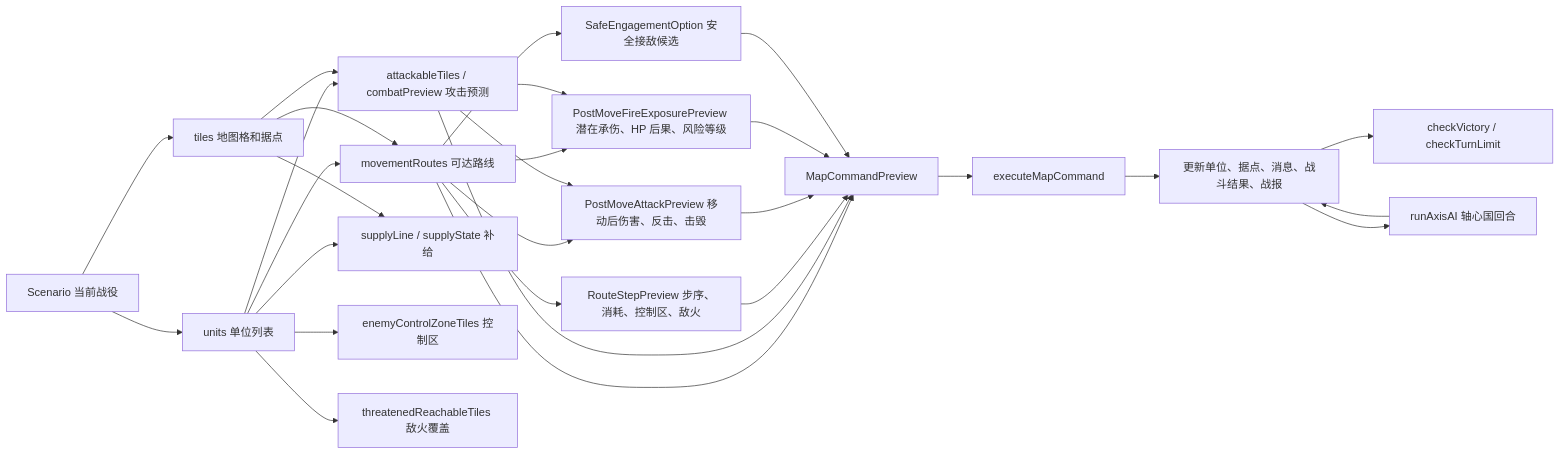
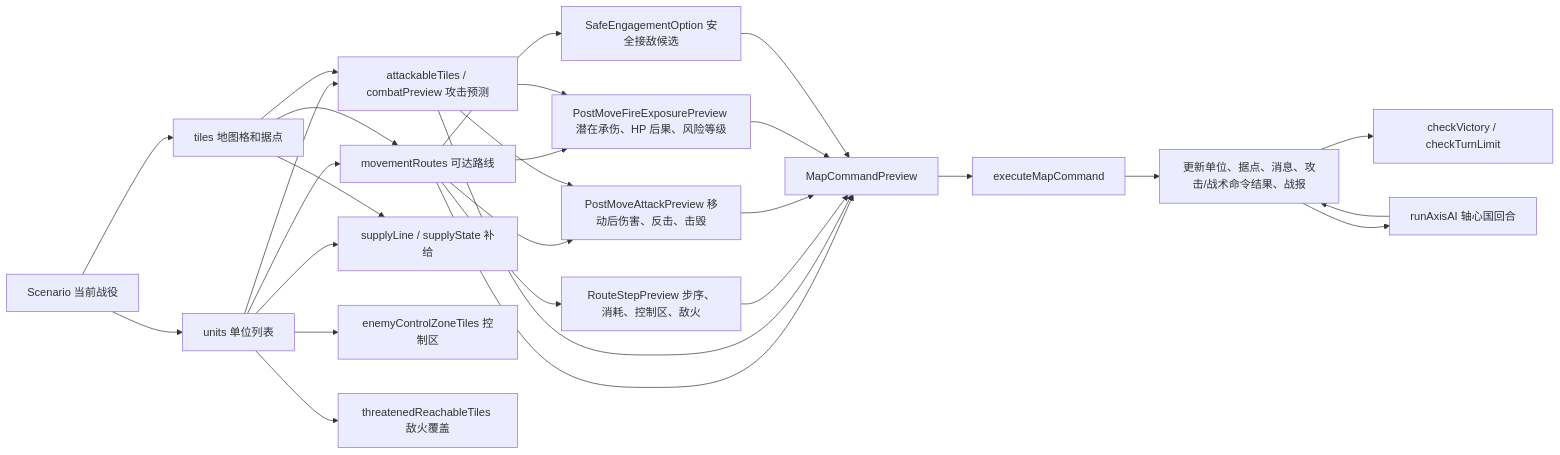
One commit to Altman-sam114/116 changed the third of 5 diagrams in md/flow/flowchart.md. Above: the diagram before and after it, drawn with Mermaid. The commit also changed other lines of this file and 9 other files, not shown here.

````diff
--- a/md/flow/flowchart.md
+++ b/md/flow/flowchart.md
@@ -50,30 +50,30 @@
 ```mermaid
 flowchart LR
   S["Scenario 当前战役"] --> U["units 单位列表"]
   S --> T["tiles 地图格和据点"]
   U --> MV["movementRoutes 可达路线"]
   T --> MV
   U --> AT["attackableTiles / combatPreview 攻击预测"]
   T --> AT
   U --> SUP["supplyLine / supplyState 补给"]
   T --> SUP
   U --> ZOC["enemyControlZoneTiles 控制区"]
   U --> THR["threatenedReachableTiles 敌火覆盖"]
   MV --> RP["RouteStepPreview 步序、消耗、控制区、敌火"]
   MV --> PM["PostMoveAttackPreview 移动后伤害、反击、击毁"]
   MV --> FP["PostMoveFireExposurePreview 潜在承伤、HP 后果、风险等级"]
   MV --> SE["SafeEngagementOption 安全接敌候选"]
   AT --> PM
   AT --> FP
   MV --> CMD["MapCommandPreview"]
   AT --> CMD
   RP --> CMD
   PM --> CMD
   FP --> CMD
   SE --> CMD
   CMD --> EX["executeMapCommand"]
-  EX --> RES["更新单位、据点、消息、战斗结果、战报"]
+  EX --> RES["更新单位、据点、消息、攻击/战术命令结果、战报"]
   RES --> WIN["checkVictory / checkTurnLimit"]
   RES --> AI["runAxisAI 轴心国回合"]
   AI --> RES
 ```
````
